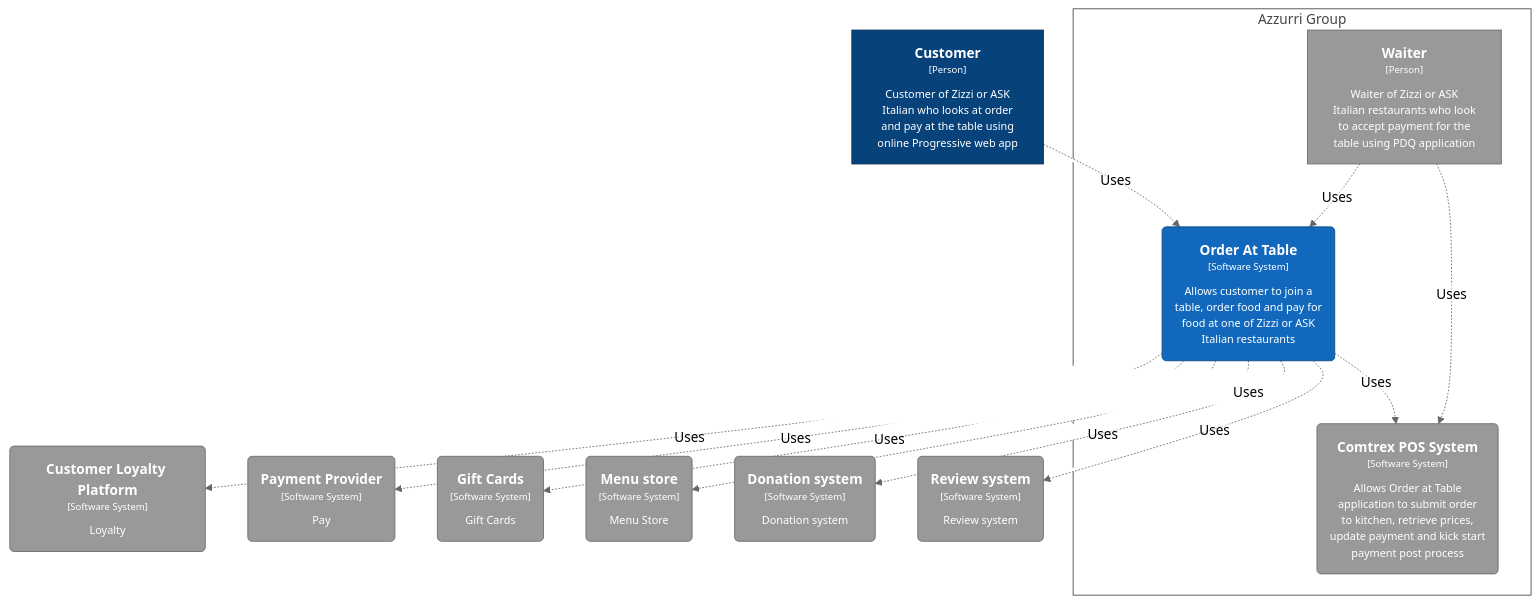
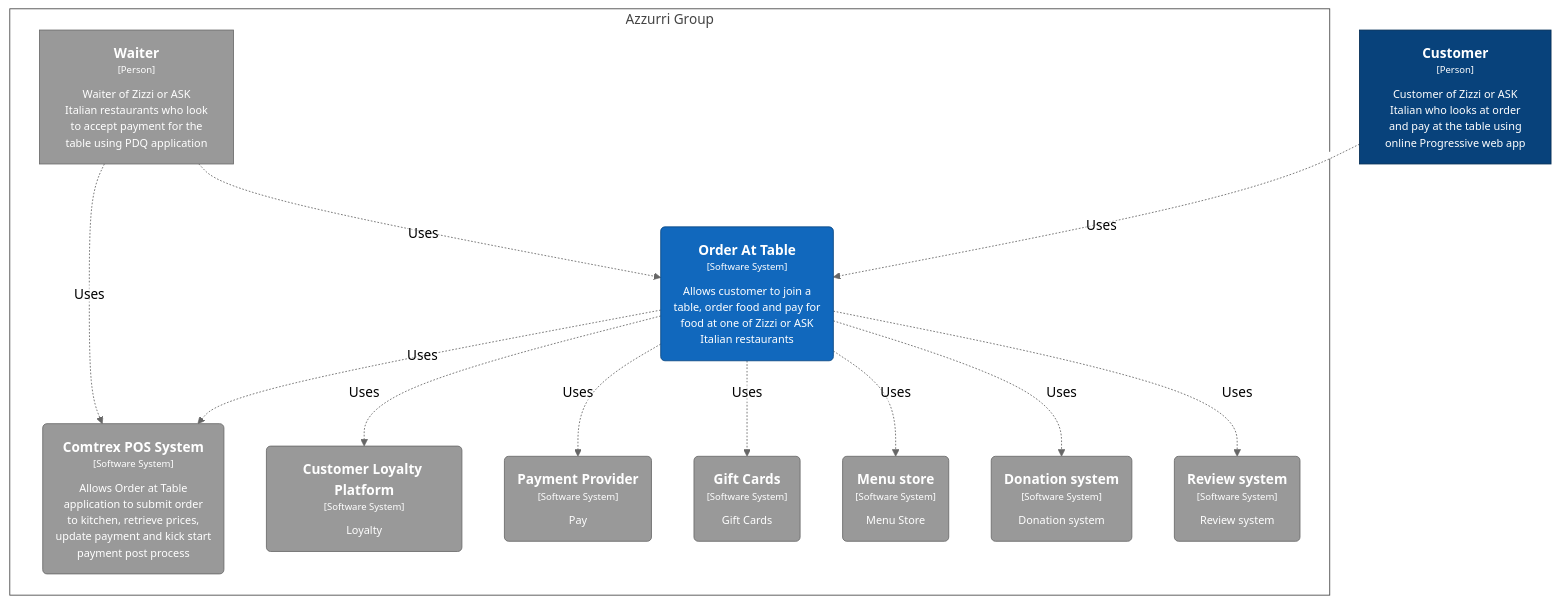
Before and after one commit to anandakumarpalanisamy/css-recipes: the diagram in README.md, drawn with Mermaid (neutral theme).

````diff
--- a/README.md
+++ b/README.md
@@ -6,41 +6,41 @@
 ```mermaid
 graph TB
   linkStyle default fill:#ffffff
 
   subgraph enterprise [Azzurri Group]
     style enterprise fill:#ffffff,stroke:#444444,color:#444444
 
+    10("<div style='font-weight: bold'>Review system</div><div style='font-size: 70%; margin-top: 0px'>[Software System]</div><div style='font-size: 80%; margin-top:10px'>Review system</div>")
+    style 10 fill:#999999,stroke:#6b6b6b,color:#ffffff
     2["<div style='font-weight: bold'>Waiter</div><div style='font-size: 70%; margin-top: 0px'>[Person]</div><div style='font-size: 80%; margin-top:10px'>Waiter of Zizzi or ASK<br />Italian restaurants who look<br />to accept payment for the<br />table using PDQ application</div>"]
     style 2 fill:#999999,stroke:#6b6b6b,color:#ffffff
     3("<div style='font-weight: bold'>Order At Table</div><div style='font-size: 70%; margin-top: 0px'>[Software System]</div><div style='font-size: 80%; margin-top:10px'>Allows customer to join a<br />table, order food and pay for<br />food at one of Zizzi or ASK<br />Italian restaurants</div>")
     style 3 fill:#1168bd,stroke:#0b4884,color:#ffffff
     4("<div style='font-weight: bold'>Comtrex POS System</div><div style='font-size: 70%; margin-top: 0px'>[Software System]</div><div style='font-size: 80%; margin-top:10px'>Allows Order at Table<br />application to submit order<br />to kitchen, retrieve prices,<br />update payment and kick start<br />payment post process</div>")
     style 4 fill:#999999,stroke:#6b6b6b,color:#ffffff
+    5("<div style='font-weight: bold'>Customer Loyalty Platform</div><div style='font-size: 70%; margin-top: 0px'>[Software System]</div><div style='font-size: 80%; margin-top:10px'>Loyalty</div>")
+    style 5 fill:#999999,stroke:#6b6b6b,color:#ffffff
+    6("<div style='font-weight: bold'>Payment Provider</div><div style='font-size: 70%; margin-top: 0px'>[Software System]</div><div style='font-size: 80%; margin-top:10px'>Pay</div>")
+    style 6 fill:#999999,stroke:#6b6b6b,color:#ffffff
+    7("<div style='font-weight: bold'>Gift Cards</div><div style='font-size: 70%; margin-top: 0px'>[Software System]</div><div style='font-size: 80%; margin-top:10px'>Gift Cards</div>")
+    style 7 fill:#999999,stroke:#6b6b6b,color:#ffffff
+    8("<div style='font-weight: bold'>Menu store</div><div style='font-size: 70%; margin-top: 0px'>[Software System]</div><div style='font-size: 80%; margin-top:10px'>Menu Store</div>")
+    style 8 fill:#999999,stroke:#6b6b6b,color:#ffffff
+    9("<div style='font-weight: bold'>Donation system</div><div style='font-size: 70%; margin-top: 0px'>[Software System]</div><div style='font-size: 80%; margin-top:10px'>Donation system</div>")
+    style 9 fill:#999999,stroke:#6b6b6b,color:#ffffff
   end
 
   1["<div style='font-weight: bold'>Customer</div><div style='font-size: 70%; margin-top: 0px'>[Person]</div><div style='font-size: 80%; margin-top:10px'>Customer of Zizzi or ASK<br />Italian who looks at order<br />and pay at the table using<br />online Progressive web app</div>"]
   style 1 fill:#08427b,stroke:#052e56,color:#ffffff
-  10("<div style='font-weight: bold'>Review system</div><div style='font-size: 70%; margin-top: 0px'>[Software System]</div><div style='font-size: 80%; margin-top:10px'>Review system</div>")
-  style 10 fill:#999999,stroke:#6b6b6b,color:#ffffff
-  5("<div style='font-weight: bold'>Customer Loyalty Platform</div><div style='font-size: 70%; margin-top: 0px'>[Software System]</div><div style='font-size: 80%; margin-top:10px'>Loyalty</div>")
-  style 5 fill:#999999,stroke:#6b6b6b,color:#ffffff
-  6("<div style='font-weight: bold'>Payment Provider</div><div style='font-size: 70%; margin-top: 0px'>[Software System]</div><div style='font-size: 80%; margin-top:10px'>Pay</div>")
-  style 6 fill:#999999,stroke:#6b6b6b,color:#ffffff
-  7("<div style='font-weight: bold'>Gift Cards</div><div style='font-size: 70%; margin-top: 0px'>[Software System]</div><div style='font-size: 80%; margin-top:10px'>Gift Cards</div>")
-  style 7 fill:#999999,stroke:#6b6b6b,color:#ffffff
-  8("<div style='font-weight: bold'>Menu store</div><div style='font-size: 70%; margin-top: 0px'>[Software System]</div><div style='font-size: 80%; margin-top:10px'>Menu Store</div>")
-  style 8 fill:#999999,stroke:#6b6b6b,color:#ffffff
-  9("<div style='font-weight: bold'>Donation system</div><div style='font-size: 70%; margin-top: 0px'>[Software System]</div><div style='font-size: 80%; margin-top:10px'>Donation system</div>")
-  style 9 fill:#999999,stroke:#6b6b6b,color:#ffffff
 
   1-. "<div>Uses</div><div style='font-size: 70%'></div>" .->3
   2-. "<div>Uses</div><div style='font-size: 70%'></div>" .->3
   3-. "<div>Uses</div><div style='font-size: 70%'></div>" .->4
   2-. "<div>Uses</div><div style='font-size: 70%'></div>" .->4
   3-. "<div>Uses</div><div style='font-size: 70%'></div>" .->5
   3-. "<div>Uses</div><div style='font-size: 70%'></div>" .->6
   3-. "<div>Uses</div><div style='font-size: 70%'></div>" .->7
   3-. "<div>Uses</div><div style='font-size: 70%'></div>" .->8
   3-. "<div>Uses</div><div style='font-size: 70%'></div>" .->9
   3-. "<div>Uses</div><div style='font-size: 70%'></div>" .->10
 ```
````
